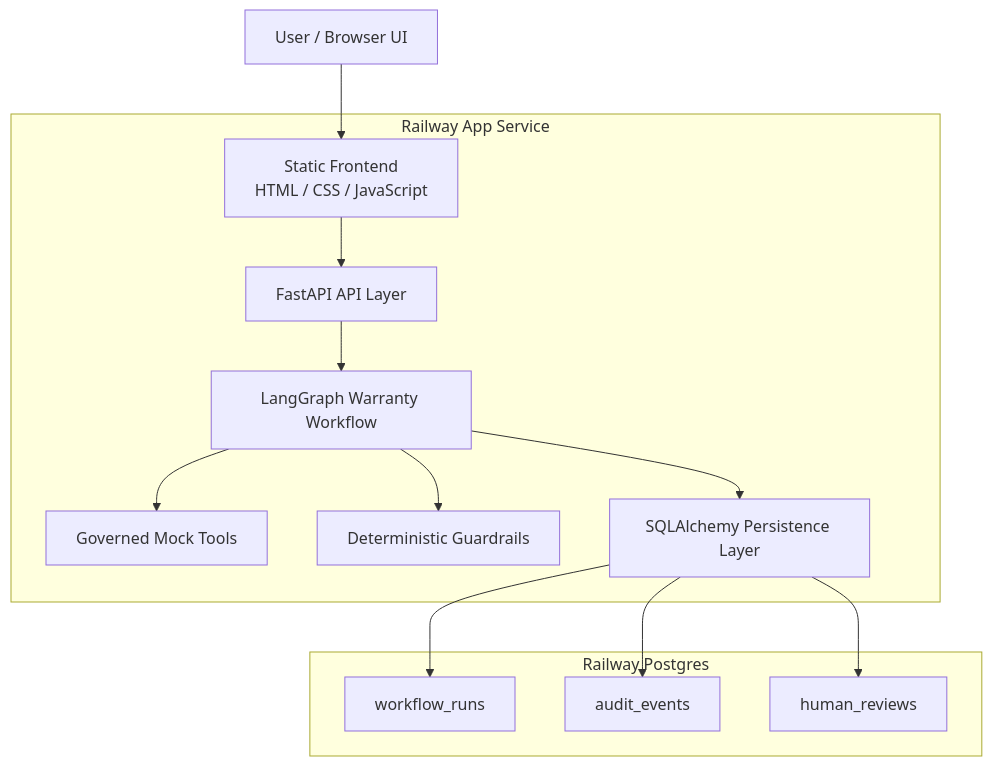
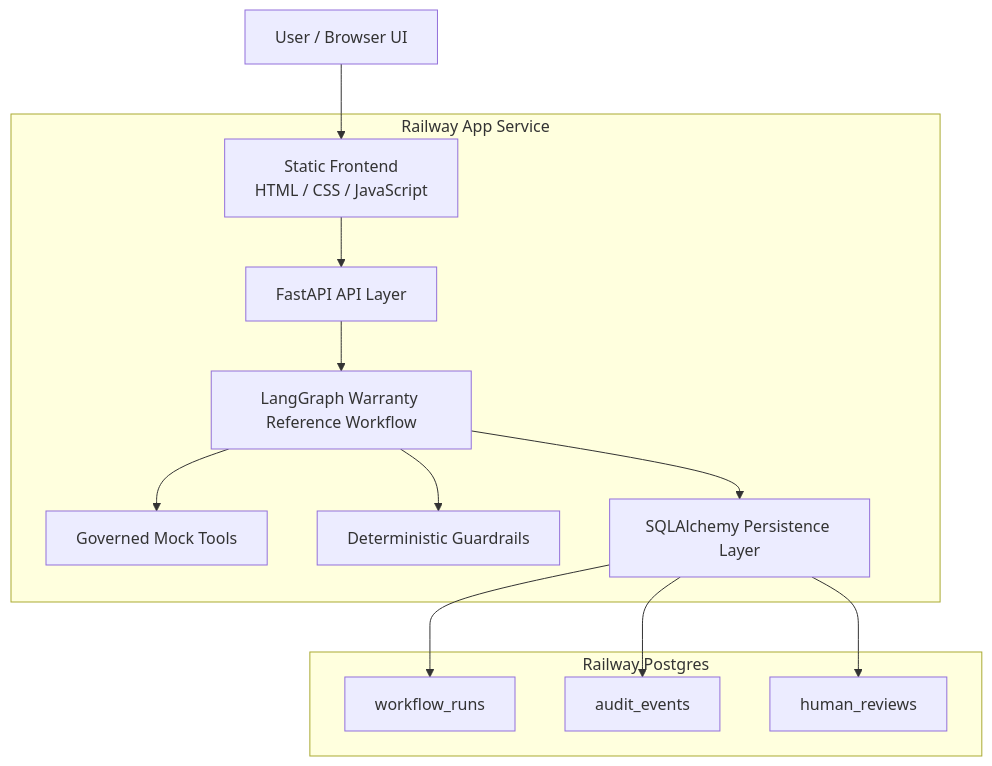
Before and after one commit to rajkasumarthi-Strideflow/LangGraph-agentic-flow: the first of 6 diagrams in docs/diagrams.md, drawn with Mermaid. The commit also changed other lines of this file and 10 other files, not shown here.

````diff
--- a/docs/diagrams.md
+++ b/docs/diagrams.md
@@ -7,29 +7,29 @@
 ```mermaid
 flowchart TD
     User["User / Browser UI"] --> Frontend
 
     subgraph RailwayApp["Railway App Service"]
         Frontend["Static Frontend<br/>HTML / CSS / JavaScript"]
         API["FastAPI API Layer"]
-        Graph["LangGraph Warranty Workflow"]
+        Graph["LangGraph Warranty Reference Workflow"]
         Tools["Governed Mock Tools"]
         Guardrails["Deterministic Guardrails"]
         Persistence["SQLAlchemy Persistence Layer"]
     end
 
     Frontend --> API
     API --> Graph
     Graph --> Tools
     Graph --> Guardrails
     Graph --> Persistence
 
     subgraph DB["Railway Postgres"]
         WorkflowRuns["workflow_runs"]
         AuditEvents["audit_events"]
         HumanReviews["human_reviews"]
     end
 
     Persistence --> WorkflowRuns
     Persistence --> AuditEvents
     Persistence --> HumanReviews
 ```
````
